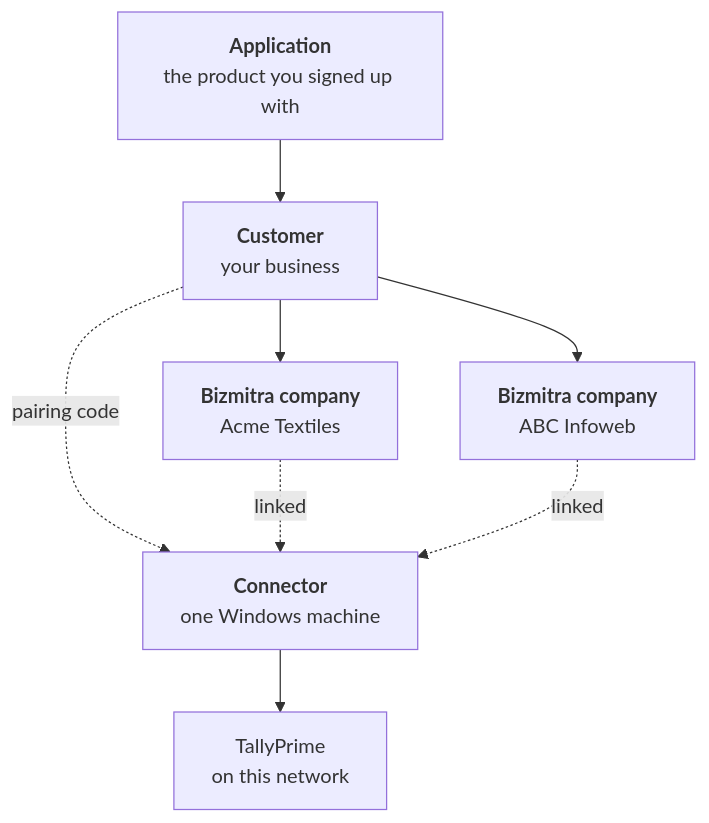
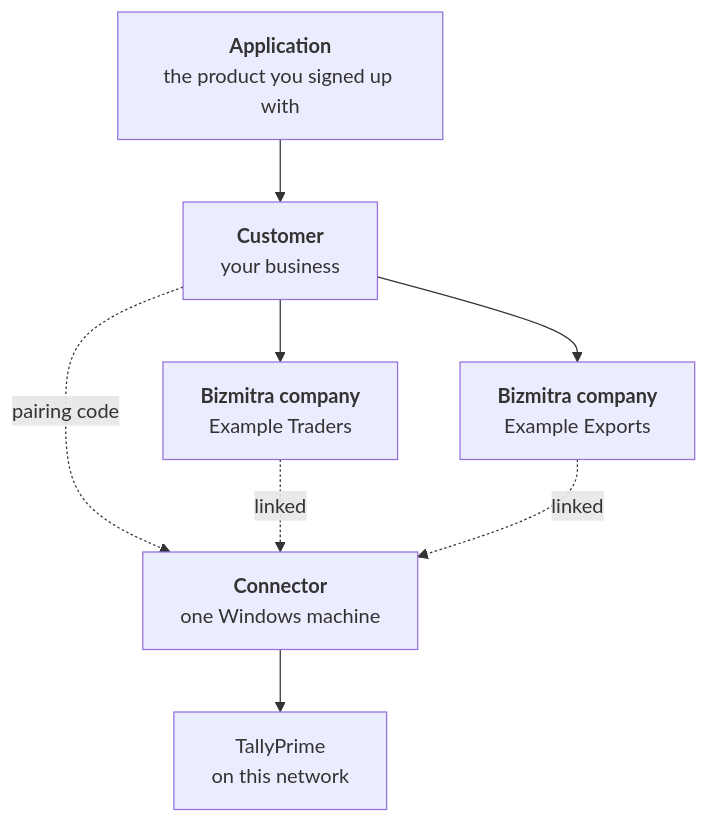
The first of 2 diagrams in docs/tally-connector/how-it-works.md (BizmitraERP/bizmitra-docs), drawn with Mermaid before and after one commit. The commit also changed other lines of this file and 14 other files, not shown here.

````diff
--- a/docs/tally-connector/how-it-works.md
+++ b/docs/tally-connector/how-it-works.md
@@ -9,10 +9,10 @@
 ```mermaid
 flowchart TD
     A["<b>Application</b><br/>the product you signed up with"] --> CU["<b>Customer</b><br/>your business"]
-    CU --> CO1["<b>Bizmitra company</b><br/>Acme Textiles"]
-    CU --> CO2["<b>Bizmitra company</b><br/>ABC Infoweb"]
+    CU --> CO1["<b>Bizmitra company</b><br/>Example Traders"]
+    CU --> CO2["<b>Bizmitra company</b><br/>Example Exports"]
     CU -.->|"pairing code"| M["<b>Connector</b><br/>one Windows machine"]
     CO1 -.->|"linked"| M
     CO2 -.->|"linked"| M
     M --> T["TallyPrime<br/>on this network"]
 ```
````
